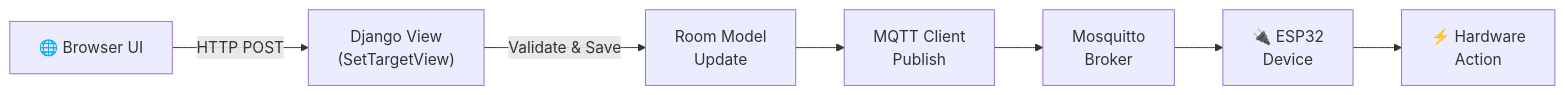
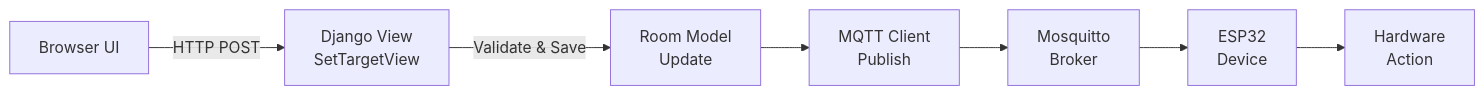
Before and after one commit to omarmx9/smart-hotel: the third of 3 diagrams in dashboards/django_app/README.md, drawn with Mermaid. The commit also changed other lines of this file and 3 other files, not shown here.

Commit message:
docs: Update Mermaid diagrams for consistency and clarity in documentation

````diff
--- a/dashboards/django_app/README.md
+++ b/dashboards/django_app/README.md
@@ -129,9 +129,9 @@
 ```mermaid
 flowchart LR
-    A["🌐 Browser UI"] -->|HTTP POST| B["Django View<br/>(SetTargetView)"]
+    A["Browser UI"] -->|HTTP POST| B["Django View<br/>SetTargetView"]
     B -->|Validate & Save| C["Room Model<br/>Update"]
     C --> D["MQTT Client<br/>Publish"]
     D --> E["Mosquitto<br/>Broker"]
-    E --> F["🔌 ESP32<br/>Device"]
-    F --> G["⚡ Hardware<br/>Action"]
+    E --> F["ESP32<br/>Device"]
+    F --> G["Hardware<br/>Action"]
 ```
````
